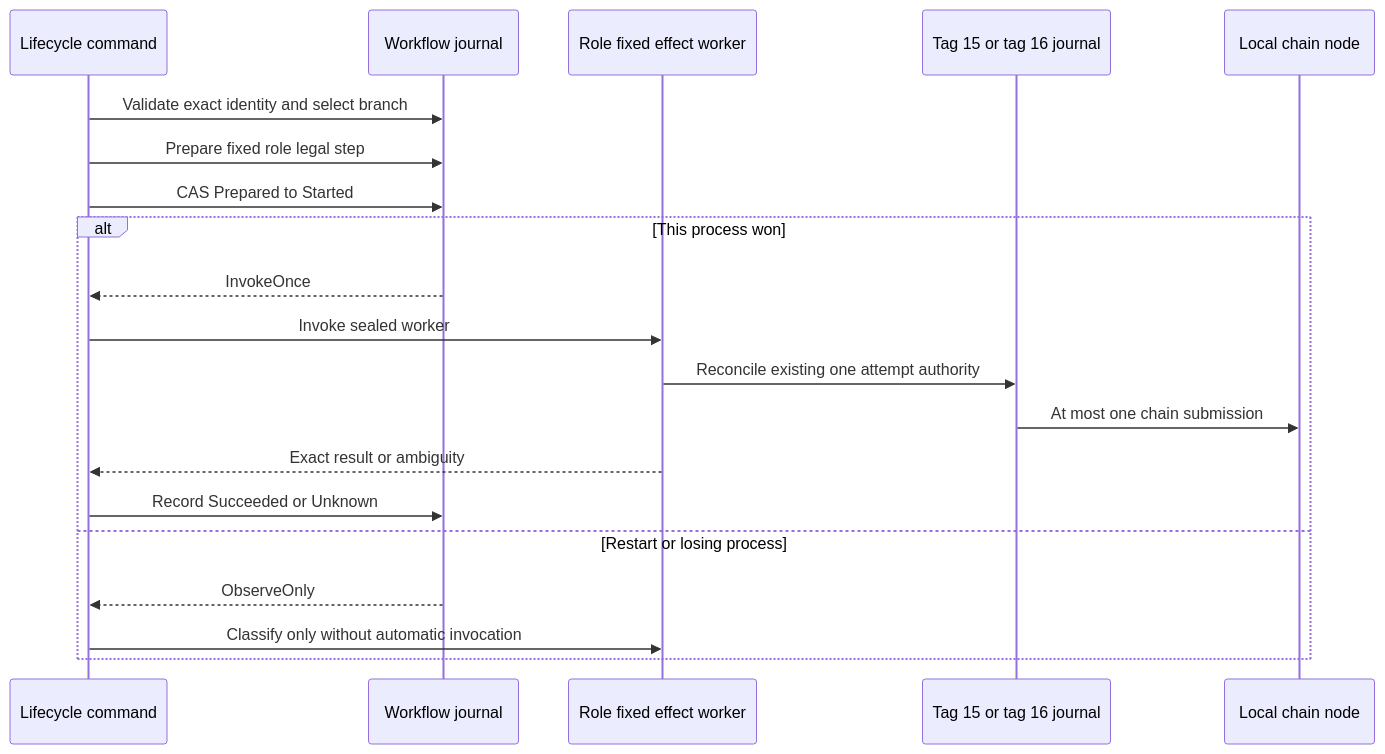
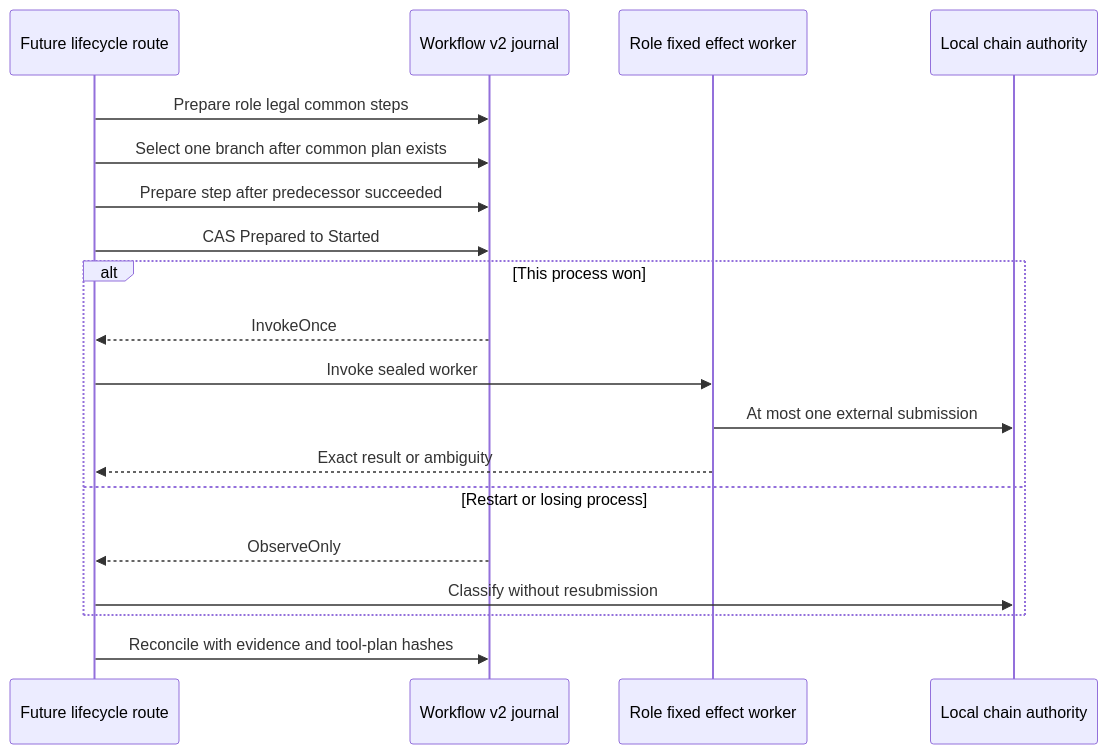
The fourth of 5 diagrams in docs/architecture/0126-separate-xmr-effect-workflow-authority.md (gateway-fm/lez-atomic-swaps), drawn with Mermaid before and after one commit. The commit also changed other lines of this file and 10 other files, not shown here.

````diff
--- a/docs/architecture/0126-separate-xmr-effect-workflow-authority.md
+++ b/docs/architecture/0126-separate-xmr-effect-workflow-authority.md
@@ -133,22 +198,21 @@
 ```mermaid
 sequenceDiagram
-    participant C as Lifecycle command
-    participant W as Workflow journal
+    participant C as Future lifecycle route
+    participant W as Workflow v2 journal
     participant X as Role fixed effect worker
-    participant J as Tag 15 or tag 16 journal
-    participant N as Local chain node
-    C->>W: Validate exact identity and select branch
-    C->>W: Prepare fixed role legal step
+    participant N as Local chain authority
+    C->>W: Prepare role legal common steps
+    C->>W: Select one branch after common plan exists
+    C->>W: Prepare step after predecessor succeeded
     C->>W: CAS Prepared to Started
     alt This process won
         W-->>C: InvokeOnce
         C->>X: Invoke sealed worker
-        X->>J: Reconcile existing one attempt authority
-        J->>N: At most one chain submission
+        X->>N: At most one external submission
         X-->>C: Exact result or ambiguity
-        C->>W: Record Succeeded or Unknown
     else Restart or losing process
         W-->>C: ObserveOnly
-        C->>X: Classify only without automatic invocation
+        C->>N: Classify without resubmission
     end
+    C->>W: Reconcile with evidence and tool-plan hashes
 ```
````
